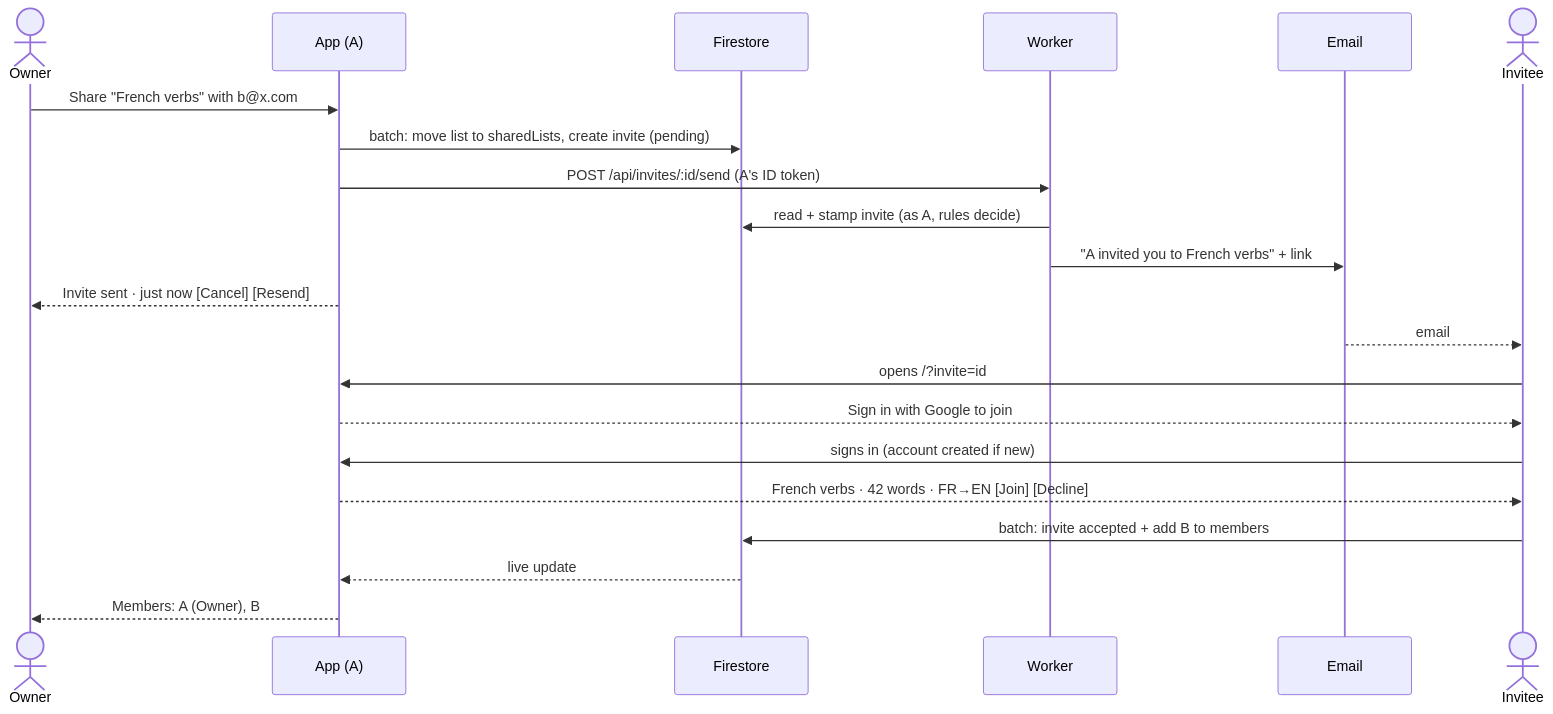
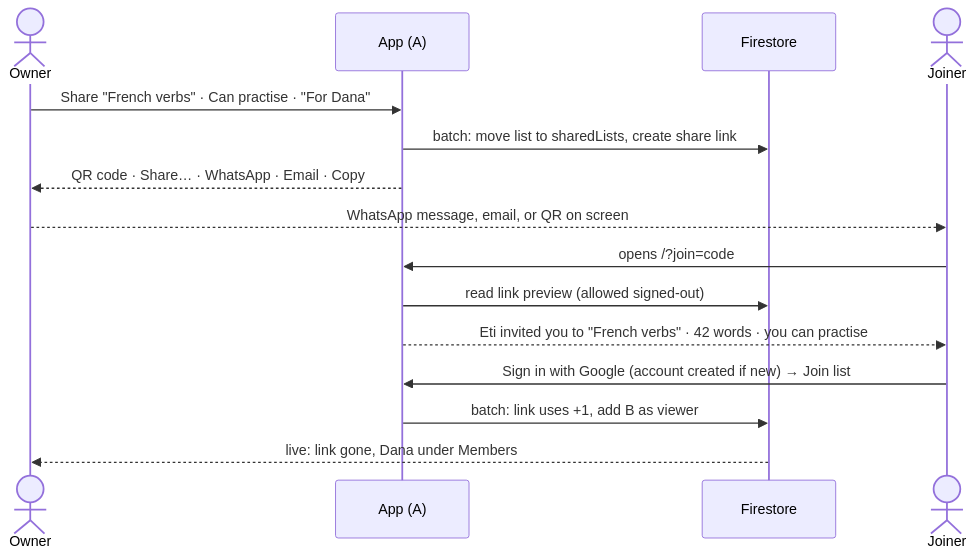
One commit to EtiNoked/practice-vocabulary changed the diagram in .claude/specs/016-list-sharing/quickstart.md. Above: the diagram before and after it, drawn with Mermaid. The commit also changed other lines of this file and 3 other files, not shown here.

First line of the commit message:
docs(016): revise list sharing to share links and QR codes

````diff
--- a/.claude/specs/016-list-sharing/quickstart.md
+++ b/.claude/specs/016-list-sharing/quickstart.md
@@ -11,24 +13,18 @@
 ```mermaid
 sequenceDiagram
     actor A as Owner
     participant App as App (A)
     participant FS as Firestore
-    participant W as Worker
-    participant M as Email
-    actor B as Invitee
+    actor B as Joiner
 
-    A->>App: Share "French verbs" with b@x.com
-    App->>FS: batch: move list to sharedLists, create invite (pending)
-    App->>W: POST /api/invites/:id/send (A's ID token)
-    W->>FS: read + stamp invite (as A, rules decide)
-    W->>M: "A invited you to French verbs" + link
-    App-->>A: Invite sent · just now   [Cancel] [Resend]
-    M-->>B: email
-    B->>App: opens /?invite=id
-    App-->>B: Sign in with Google to join
-    B->>App: signs in (account created if new)
-    App-->>B: French verbs · 42 words · FR→EN   [Join] [Decline]
-    B->>FS: batch: invite accepted + add B to members
-    FS-->>App: live update
-    App-->>A: Members: A (Owner), B
+    A->>App: Share "French verbs" · Can practise · "For Dana"
+    App->>FS: batch: move list to sharedLists, create share link
+    App-->>A: QR code · Share… · WhatsApp · Email · Copy
+    A-->>B: WhatsApp message, email, or QR on screen
+    B->>App: opens /?join=code
+    App->>FS: read link preview (allowed signed-out)
+    App-->>B: Eti invited you to "French verbs" · 42 words · you can practise
+    B->>App: Sign in with Google (account created if new) → Join list
+    App->>FS: batch: link uses +1, add B as viewer
+    FS-->>A: live: link gone, Dana under Members
 ```
````
